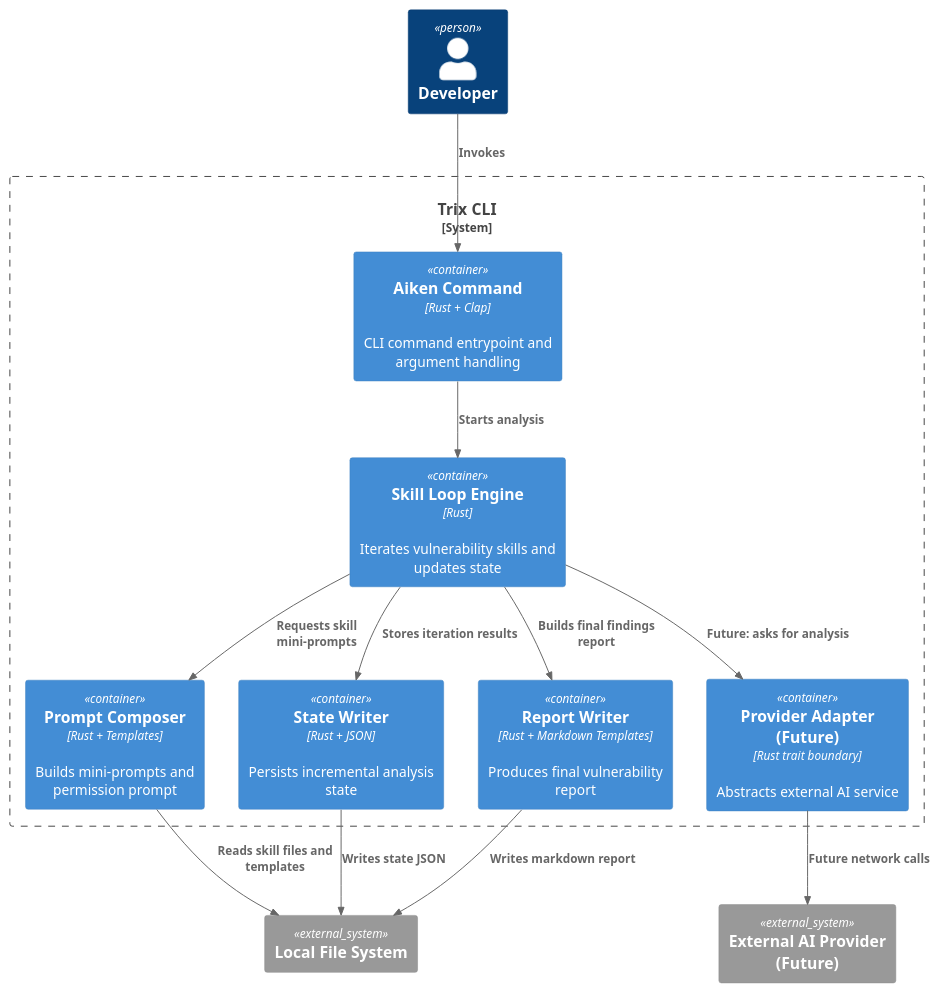
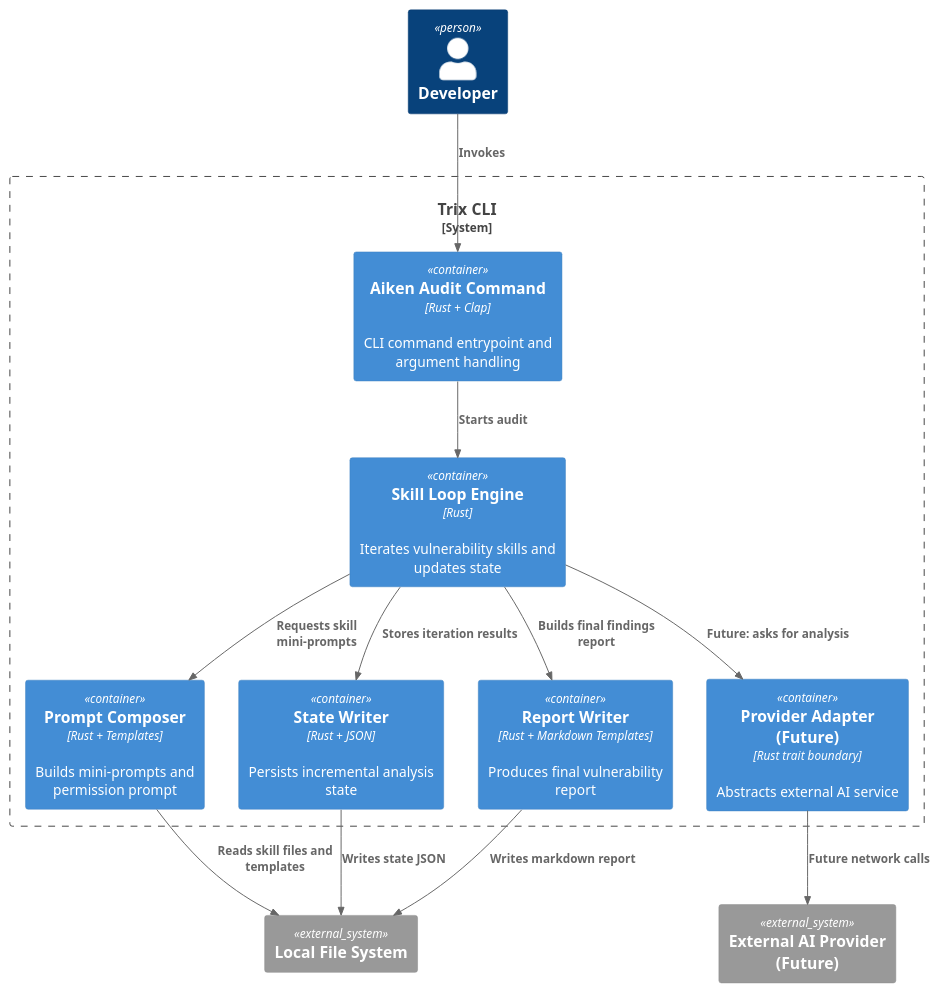
One commit to tx3-lang/trix changed the diagram in design/003-assets/c4-container.puml. Above: the diagram before and after it, drawn with PlantUML. The commit also changed 20 other files, not shown here.

```diff
--- a/design/003-assets/c4-container.puml
+++ b/design/003-assets/c4-container.puml
@@ -1,28 +1,28 @@
 @startuml C4_Container_AikenVuln
 !include https://raw.githubusercontent.com/plantuml-stdlib/C4-PlantUML/master/C4_Container.puml
 
 Person(dev, "Developer")
 System_Boundary(trix, "Trix CLI") {
-  Container(cli, "Aiken Command", "Rust + Clap", "CLI command entrypoint and argument handling")
+  Container(cli, "Aiken Audit Command", "Rust + Clap", "CLI command entrypoint and argument handling")
   Container(loop, "Skill Loop Engine", "Rust", "Iterates vulnerability skills and updates state")
   Container(prompt, "Prompt Composer", "Rust + Templates", "Builds mini-prompts and permission prompt")
   Container(state, "State Writer", "Rust + JSON", "Persists incremental analysis state")
   Container(report, "Report Writer", "Rust + Markdown Templates", "Produces final vulnerability report")
   Container(provider, "Provider Adapter (Future)", "Rust trait boundary", "Abstracts external AI service")
 }
 
 System_Ext(fs, "Local File System")
 System_Ext(ai, "External AI Provider (Future)")
 
 Rel(dev, cli, "Invokes")
-Rel(cli, loop, "Starts analysis")
+Rel(cli, loop, "Starts audit")
 Rel(loop, prompt, "Requests skill mini-prompts")
 Rel(loop, state, "Stores iteration results")
 Rel(loop, report, "Builds final findings report")
 Rel(loop, provider, "Future: asks for analysis")
 Rel(state, fs, "Writes state JSON")
 Rel(report, fs, "Writes markdown report")
 Rel(prompt, fs, "Reads skill files and templates")
 Rel(provider, ai, "Future network calls")
 
 @enduml
```
